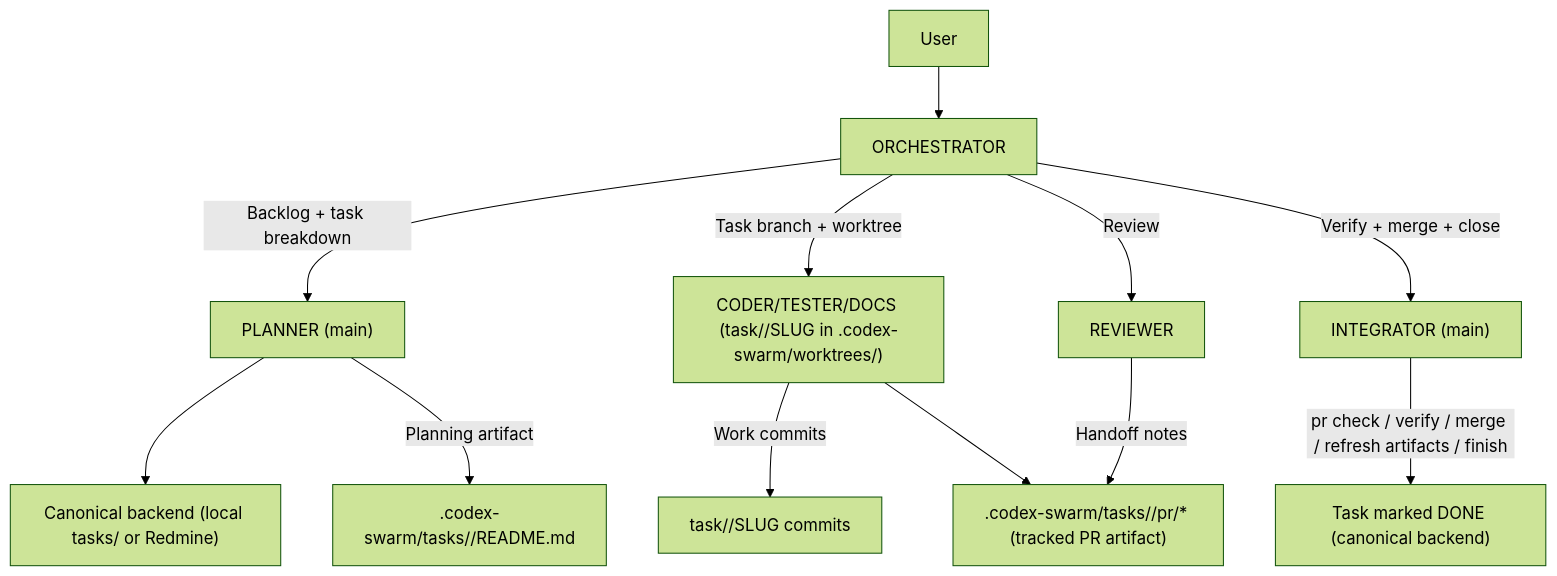
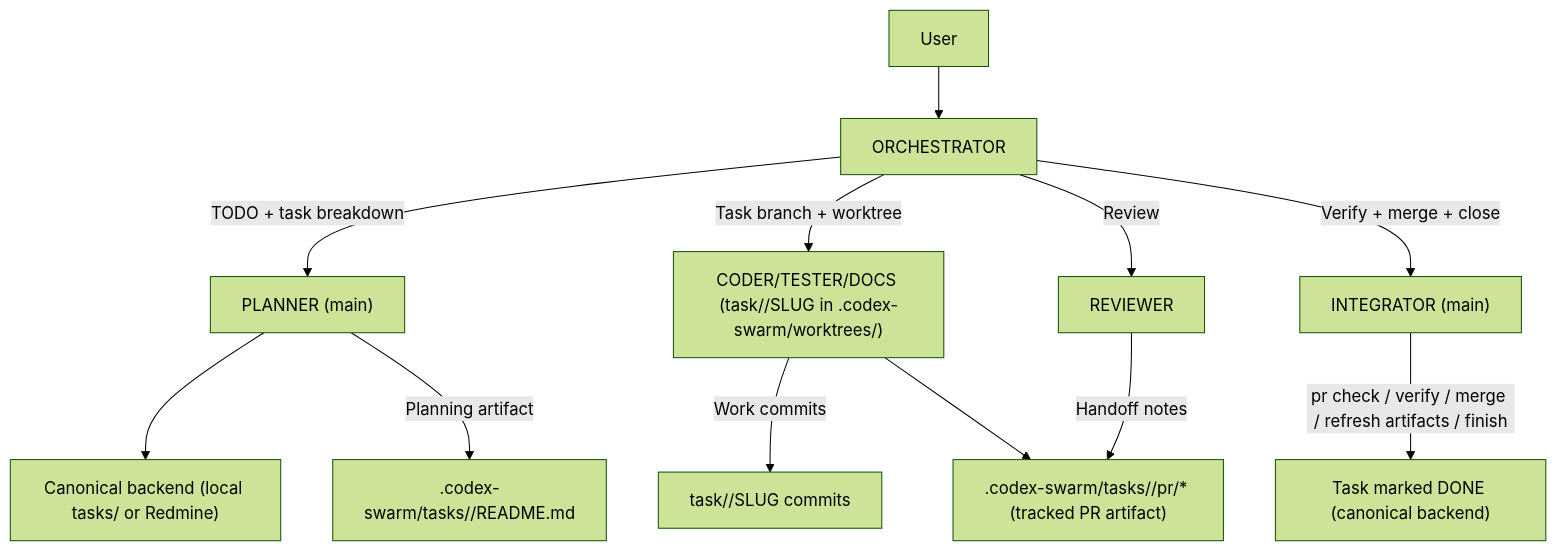
The first of 2 diagrams in README.md (basilisk-labs/codex-swarm), drawn with Mermaid (forest theme) before and after one commit. The commit also changed 4 other files, not shown here.

````diff
--- a/README.md
+++ b/README.md
@@ -203,14 +203,14 @@
 ```mermaid
 flowchart TD
   U["User"] --> O["ORCHESTRATOR"]
-  O -->|Backlog + task breakdown| P["PLANNER (main)"]
+  O -->|TODO + task breakdown| P["PLANNER (main)"]
   P --> TB["Canonical backend (local tasks/ or Redmine)"]
   P -->|Planning artifact| WF[".codex-swarm/tasks/<task-id>/README.md"]
   O -->|Task branch + worktree| E["CODER/TESTER/DOCS (task/<task-id>/SLUG in .codex-swarm/worktrees/)"]
   E -->|Work commits| B["task/<task-id>/SLUG commits"]
   E --> PR[".codex-swarm/tasks/<task-id>/pr/* (tracked PR artifact)"]
   O -->|Review| R["REVIEWER"]
   R -->|Handoff notes| PR
   O -->|Verify + merge + close| I["INTEGRATOR (main)"]
   I -->|pr check / verify / merge / refresh artifacts / finish| DONE["Task marked DONE (canonical backend)"]
 ```
````
